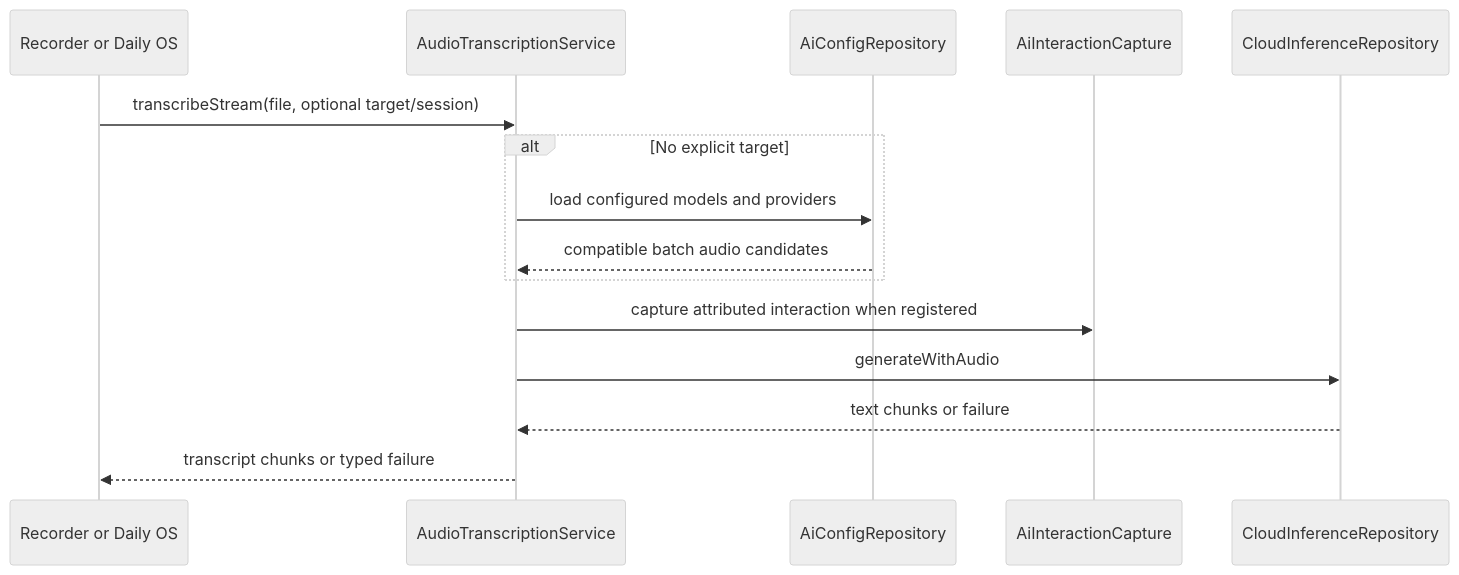
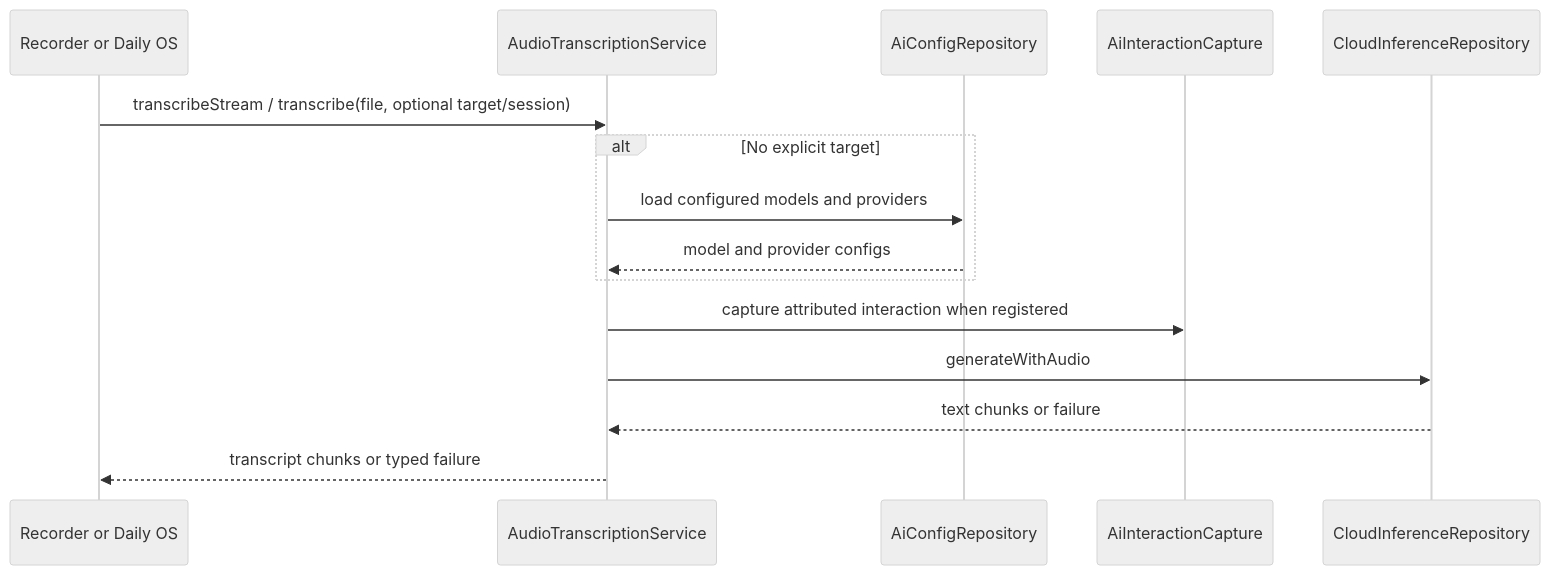
One commit to matthiasn/lotti changed the diagram in knowledge/features/ai/batch-transcription.md. Above: the diagram before and after it, drawn with Mermaid (neutral theme). The commit also changed other lines of this file and 10 other files, not shown here.

````diff
--- a/knowledge/features/ai/batch-transcription.md
+++ b/knowledge/features/ai/batch-transcription.md
@@ -35,17 +36,17 @@
 ```mermaid
 sequenceDiagram
   participant Caller as Recorder or Daily OS
   participant Service as AudioTranscriptionService
   participant Config as AiConfigRepository
   participant Usage as AiInteractionCapture
   participant Provider as CloudInferenceRepository
-  Caller->>Service: transcribeStream(file, optional target/session)
+  Caller->>Service: transcribeStream / transcribe(file, optional target/session)
   alt No explicit target
     Service->>Config: load configured models and providers
-    Config-->>Service: compatible batch audio candidates
+    Config-->>Service: model and provider configs
   end
   Service->>Usage: capture attributed interaction when registered
   Service->>Provider: generateWithAudio
   Provider-->>Service: text chunks or failure
   Service-->>Caller: transcript chunks or typed failure
 ```
````
